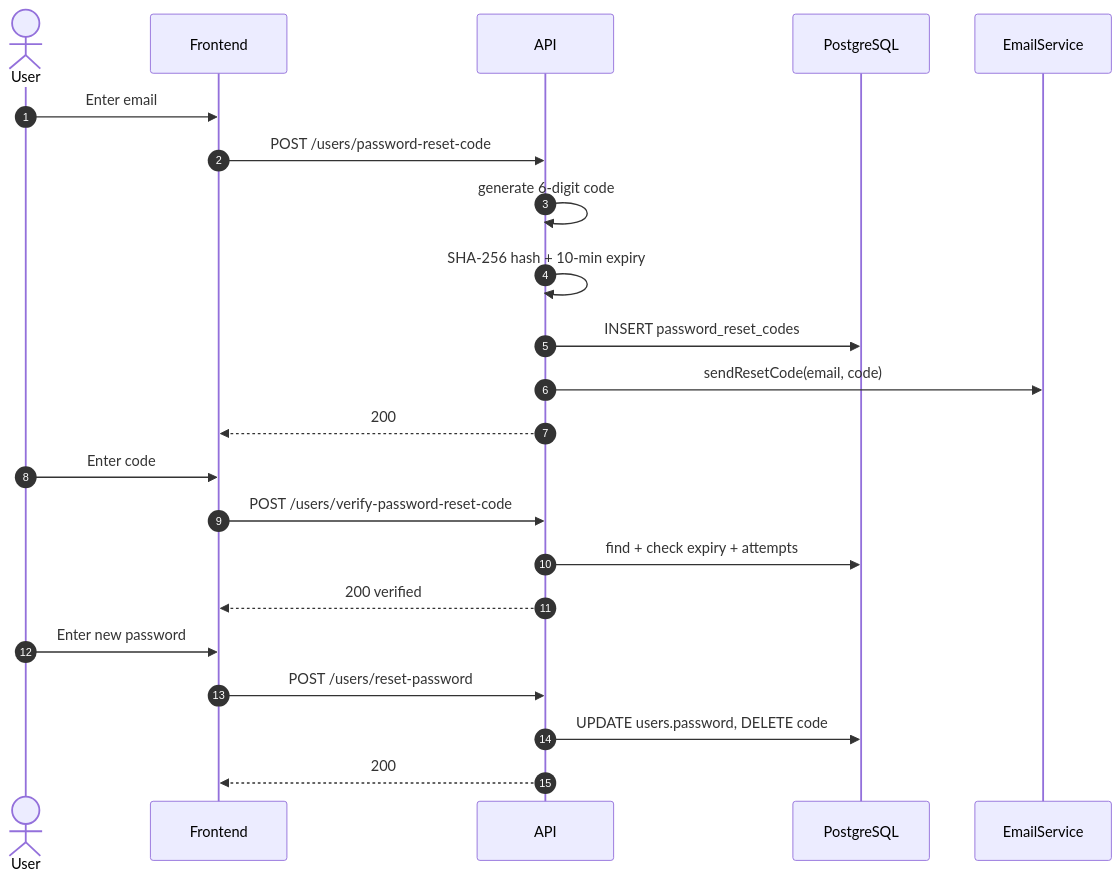
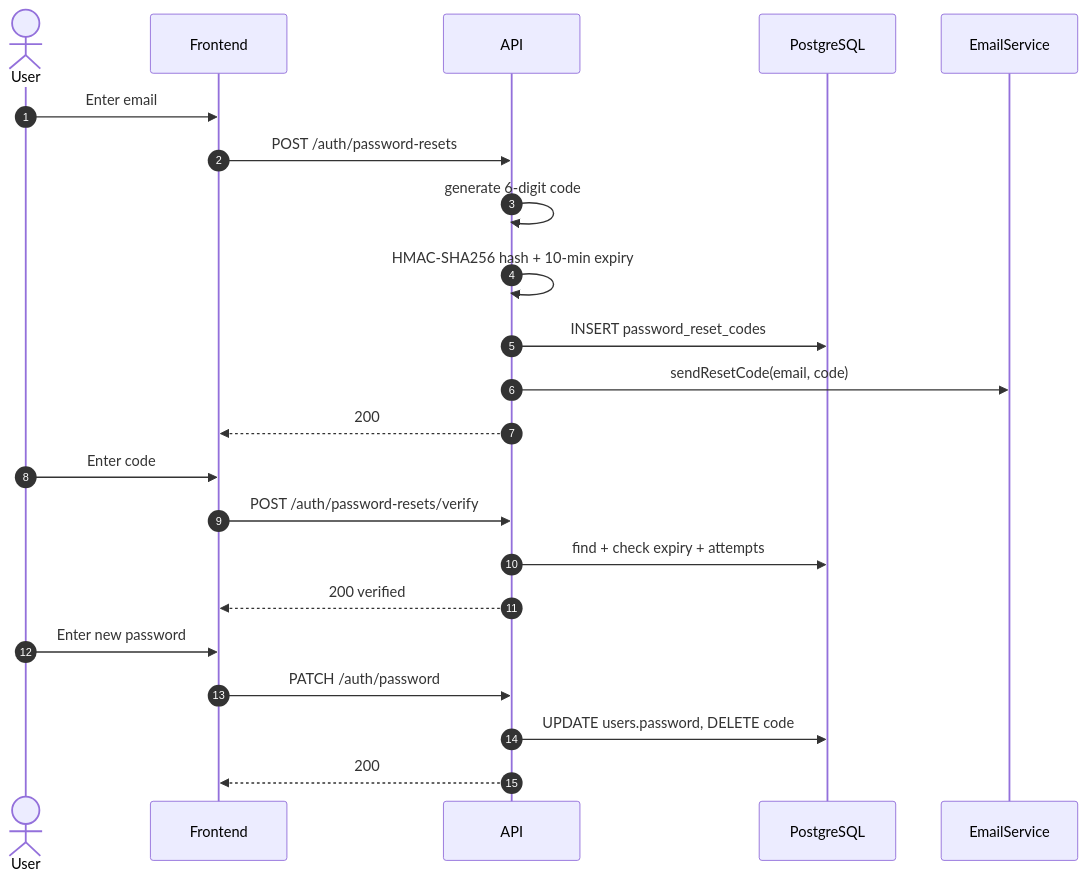
One commit to Rafy-Tho/LearnSphere changed the third of 12 diagrams in docs/diagrams/sequence-diagrams.md. Above: the diagram before and after it, drawn with Mermaid. The commit also changed other lines of this file and 65 other files, not shown here.

````diff
--- a/docs/diagrams/sequence-diagrams.md
+++ b/docs/diagrams/sequence-diagrams.md
@@ -61,25 +61,25 @@
 ```mermaid
 sequenceDiagram
   autonumber
   actor U as User
   participant F as Frontend
   participant A as API
   participant DB as PostgreSQL
   participant E as EmailService
 
   U->>F: Enter email
-  F->>A: POST /users/password-reset-code
+  F->>A: POST /auth/password-resets
   A->>A: generate 6-digit code
-  A->>A: SHA-256 hash + 10-min expiry
+  A->>A: HMAC-SHA256 hash + 10-min expiry
   A->>DB: INSERT password_reset_codes
   A->>E: sendResetCode(email, code)
   A-->>F: 200
   U->>F: Enter code
-  F->>A: POST /users/verify-password-reset-code
+  F->>A: POST /auth/password-resets/verify
   A->>DB: find + check expiry + attempts
   A-->>F: 200 verified
   U->>F: Enter new password
-  F->>A: POST /users/reset-password
+  F->>A: PATCH /auth/password
   A->>DB: UPDATE users.password, DELETE code
   A-->>F: 200
 ```
````
